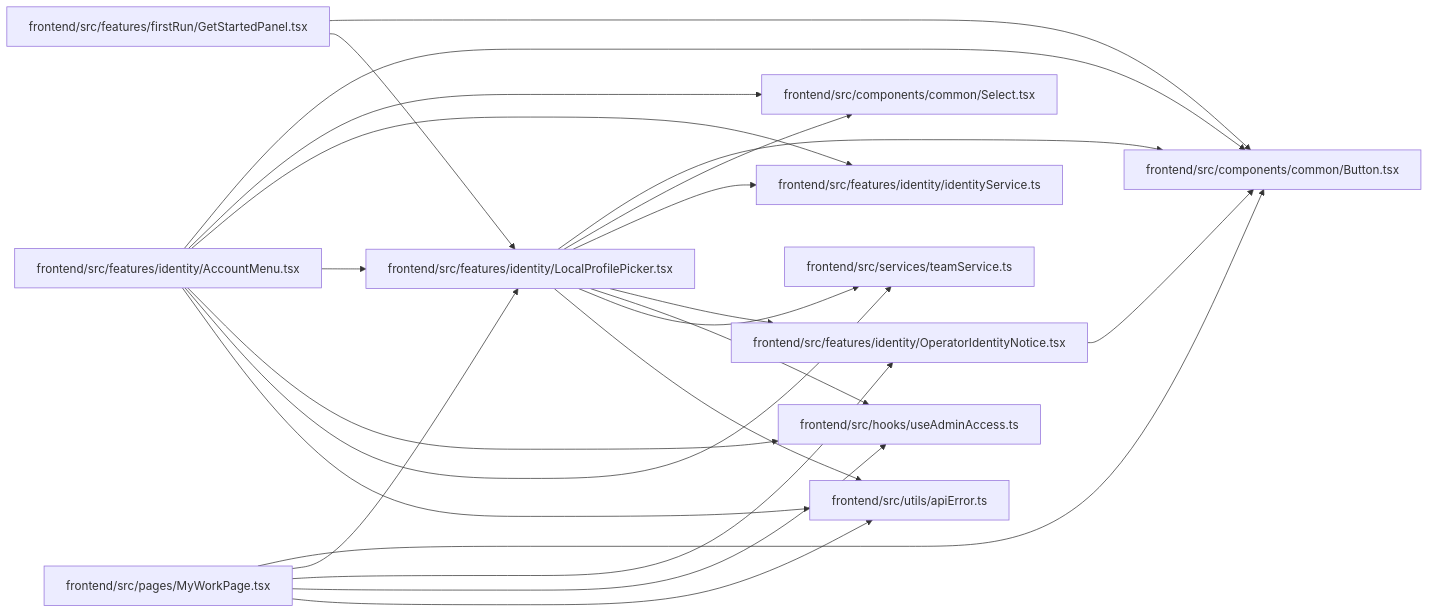
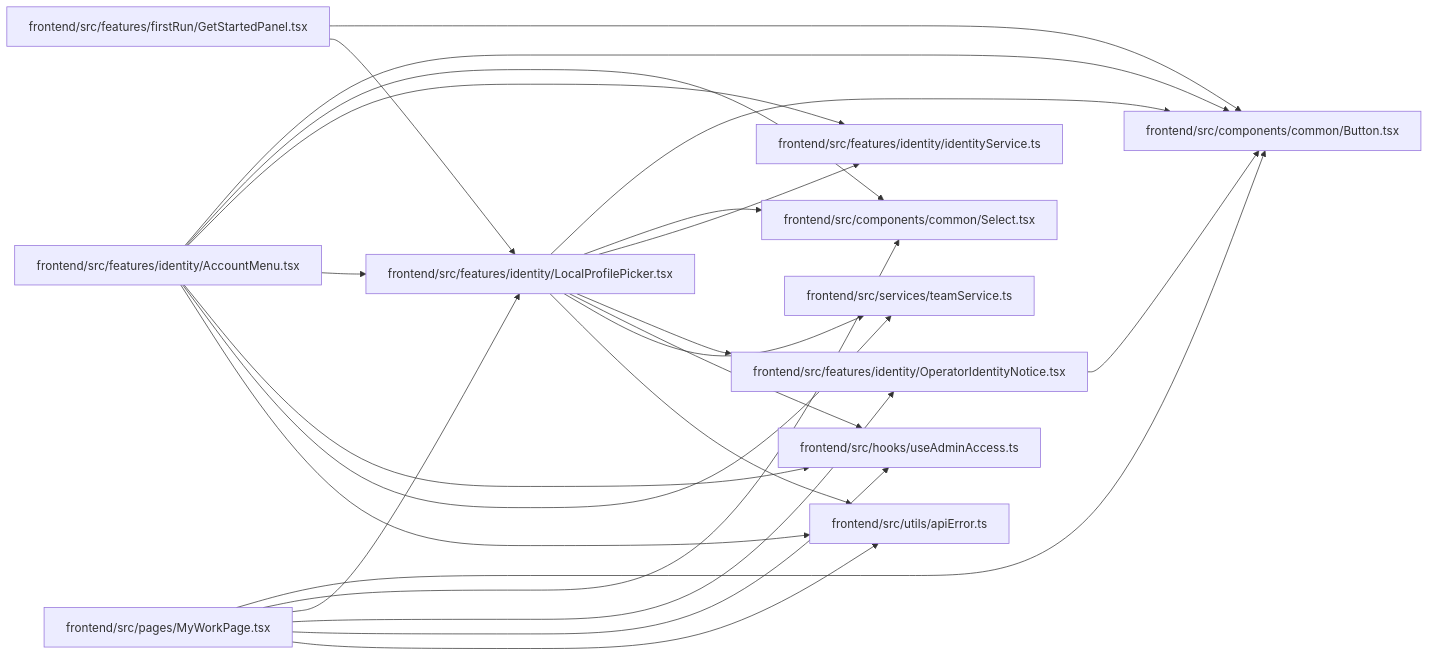
Before and after one commit to Denissvgn/WorkChord: the diagram in docs/llm_wiki/modules/LocalProfilePicker.md, drawn with Mermaid. The commit also changed 674 other files, not shown here.

Commit message:
Sync the architectural wiki for showing stopped work

````diff
--- a/docs/llm_wiki/modules/LocalProfilePicker.md
+++ b/docs/llm_wiki/modules/LocalProfilePicker.md
@@ -37,47 +37,48 @@
 ```mermaid
 flowchart LR
     n0["frontend/src/components/common/Button.tsx"]
     n1["frontend/src/components/common/Select.tsx"]
     n2["frontend/src/features/firstRun/GetStartedPanel.tsx"]
     n3["frontend/src/features/identity/AccountMenu.tsx"]
     n4["frontend/src/features/identity/identityService.ts"]
     n5["frontend/src/features/identity/LocalProfilePicker.tsx"]
     n6["frontend/src/features/identity/OperatorIdentityNotice.tsx"]
     n7["frontend/src/hooks/useAdminAccess.ts"]
     n8["frontend/src/pages/MyWorkPage.tsx"]
     n9["frontend/src/services/teamService.ts"]
     n10["frontend/src/utils/apiError.ts"]
     n2 --> n0
     n2 --> n5
     n3 --> n0
     n3 --> n1
     n3 --> n4
     n3 --> n5
     n3 --> n7
     n3 --> n9
     n3 --> n10
     n5 --> n0
     n5 --> n1
     n5 --> n4
     n5 --> n6
     n5 --> n7
     n5 --> n9
     n5 --> n10
     n6 --> n0
     n8 --> n0
+    n8 --> n1
     n8 --> n5
     n8 --> n6
     n8 --> n7
     n8 --> n10
     click n0 "../modules/Button.md"
     click n1 "../modules/Select.md"
     click n2 "../modules/GetStartedPanel.md"
     click n3 "../modules/AccountMenu.md"
     click n4 "../modules/identityService.md"
     click n5 "../modules/LocalProfilePicker.md"
     click n6 "../modules/OperatorIdentityNotice.md"
     click n7 "../modules/useAdminAccess.md"
     click n8 "../modules/MyWorkPage.md"
     click n9 "../modules/teamService.md"
     click n10 "../modules/apiError.md"
 ```
````
